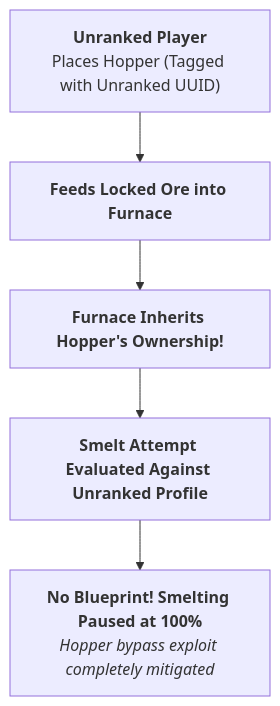
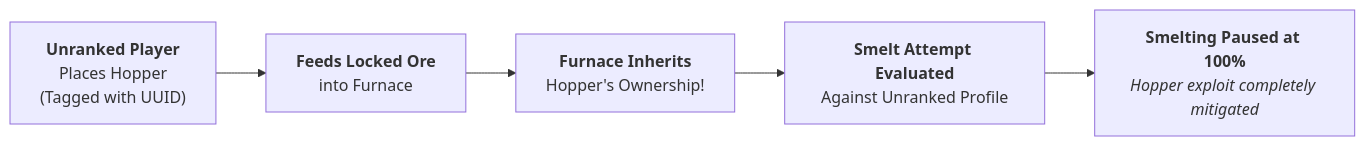
The second of 2 diagrams in docs/mechanics/smelting-and-furnaces.md (XZtotal/CraftingBlueprints-Wiki), drawn with Mermaid before and after one commit. The commit also changed 15 other files, not shown here.

Commit message:
style(docs): center diagrams, widen linear flows, reduce font size, and set table padding to 0.5rem

````diff
--- a/docs/mechanics/smelting-and-furnaces.md
+++ b/docs/mechanics/smelting-and-furnaces.md
@@ -105,10 +105,10 @@
 ```mermaid
-flowchart TD
-    Player["<b>Unranked Player</b><br/>Places Hopper (Tagged with Unranked UUID)"]
-    Feed["<b>Feeds Locked Ore into Furnace</b>"]
-    Inherit["<b>Furnace Inherits Hopper's Ownership!</b>"]
-    Eval["<b>Smelt Attempt Evaluated Against Unranked Profile</b>"]
-    Pause["<b>No Blueprint! Smelting Paused at 100%</b><br/><i>Hopper bypass exploit completely mitigated</i>"]
+flowchart LR
+    Player["<b>Unranked Player</b><br/>Places Hopper<br/>(Tagged with UUID)"]
+    Feed["<b>Feeds Locked Ore</b><br/>into Furnace"]
+    Inherit["<b>Furnace Inherits</b><br/>Hopper's Ownership!"]
+    Eval["<b>Smelt Attempt Evaluated</b><br/>Against Unranked Profile"]
+    Pause["<b>Smelting Paused at 100%</b><br/><i>Hopper exploit completely mitigated</i>"]
 
     Player --> Feed --> Inherit --> Eval --> Pause
 ```
````
